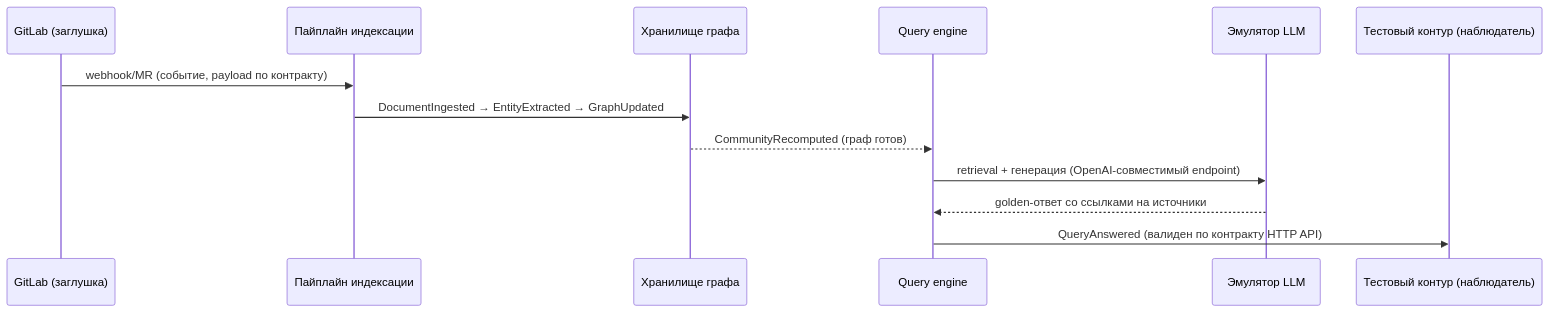
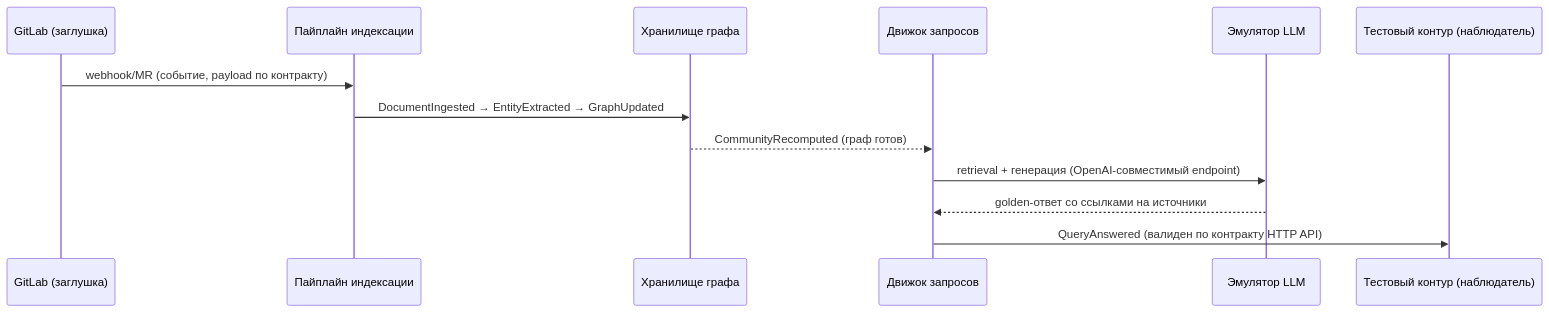
Before and after one commit to n-marusov/graphrag: the second of 2 diagrams in specs/qa/e2e-api-testing.md, drawn with Mermaid. The commit also changed other lines of this file and 24 other files, not shown here.

````diff
--- a/specs/qa/e2e-api-testing.md
+++ b/specs/qa/e2e-api-testing.md
@@ -1089,15 +1089,15 @@
 ```mermaid
 sequenceDiagram
     participant GL as GitLab (заглушка)
     participant PL as Пайплайн индексации
     participant GR as Хранилище графа
-    participant QE as Query engine
+    participant QE as Движок запросов
     participant LLM as Эмулятор LLM
     participant OBS as Тестовый контур (наблюдатель)
     GL->>PL: webhook/MR (событие, payload по контракту)
     PL->>GR: DocumentIngested → EntityExtracted → GraphUpdated
     GR-->>QE: CommunityRecomputed (граф готов)
     QE->>LLM: retrieval + генерация (OpenAI-совместимый endpoint)
     LLM-->>QE: golden-ответ со ссылками на источники
     QE->>OBS: QueryAnswered (валиден по контракту HTTP API)
 ```
````
